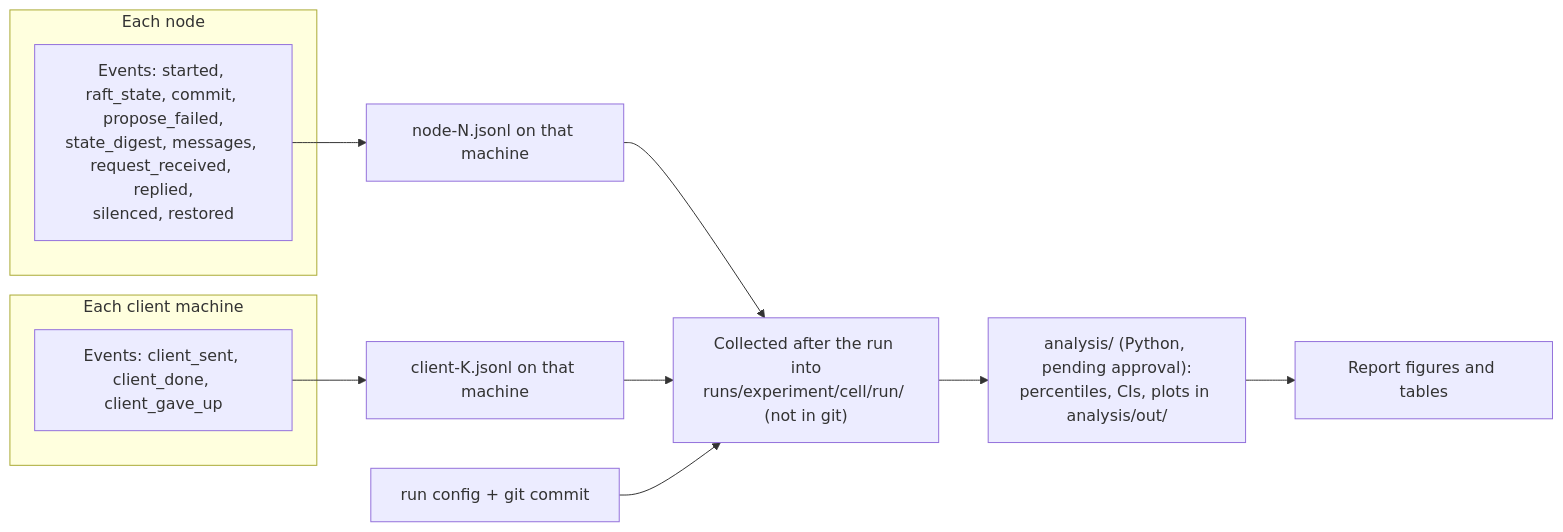
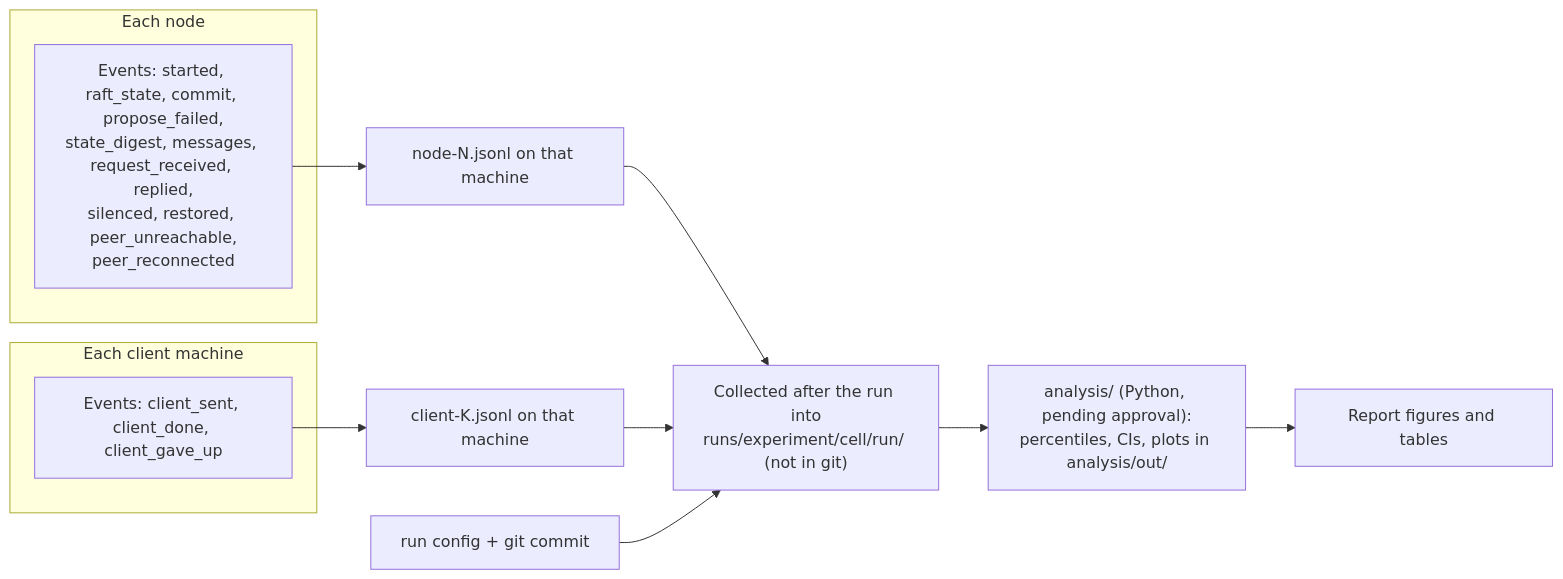
Diagram 27 of 27 in docs/architecture.md (noortaytoy1/DistributedSystems), drawn with Mermaid before and after one commit. The commit also changed other lines of this file and 6 other files, not shown here.

First line of the commit message:
Back off reconnects to a peer whose connect failed

````diff
--- a/docs/architecture.md
+++ b/docs/architecture.md
@@ -948,16 +968,16 @@
 ```mermaid
 flowchart LR
     subgraph NODE["Each node"]
-        NE["Events: started, raft_state, commit, propose_failed,<br/>state_digest, messages, request_received, replied,<br/>silenced, restored"]
+        NE["Events: started, raft_state, commit, propose_failed,<br/>state_digest, messages, request_received, replied,<br/>silenced, restored, peer_unreachable,<br/>peer_reconnected"]
     end
     subgraph CLIENT["Each client machine"]
         CE["Events: client_sent, client_done, client_gave_up"]
     end
     NE --> NF["node-N.jsonl on that machine"]
     CE --> CF["client-K.jsonl on that machine"]
     NF --> COL["Collected after the run into<br/>runs/experiment/cell/run/ (not in git)"]
     CF --> COL
     CFG["run config + git commit"] --> COL
     COL --> AN["analysis/ (Python, pending approval):<br/>percentiles, CIs, plots in analysis/out/"]
     AN --> REP["Report figures and tables"]
 ```
````
